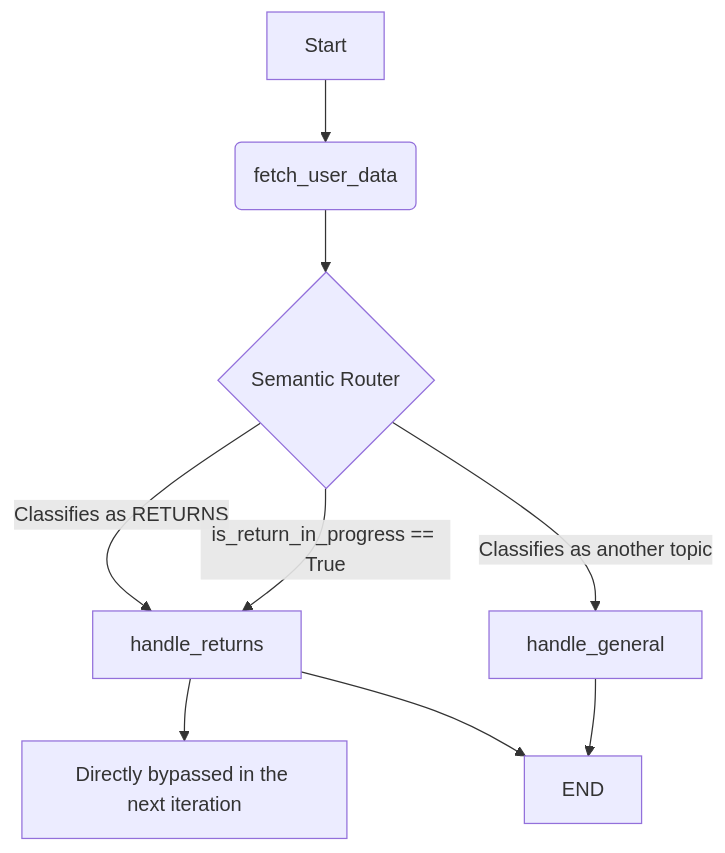
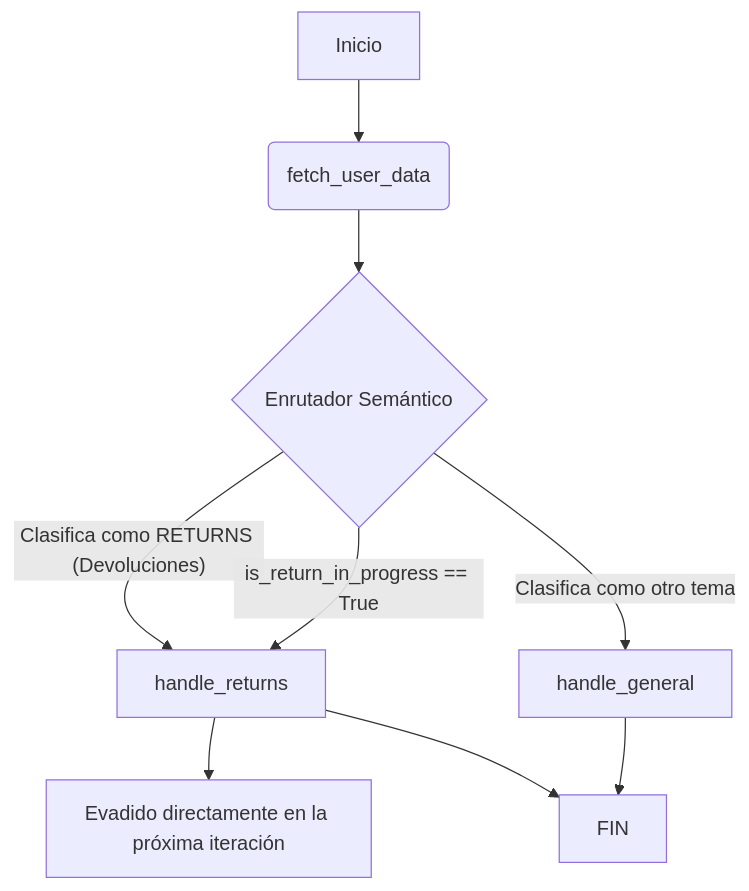
One commit to AlejandroDACS/-Addi-ML-Ops-Tech-Challenge changed the diagram in deliverables/architecture.md. Above: the diagram before and after it, drawn with Mermaid. The commit also changed other lines of this file and 1 other file, not shown here.

````diff
--- a/deliverables/architecture.md
+++ b/deliverables/architecture.md
@@ -9,13 +9,13 @@
 ```mermaid
 graph TD
-    A[Start] --> B(fetch_user_data)
-    B --> C{Semantic Router}
+    A[Inicio] --> B(fetch_user_data)
+    B --> C{Enrutador Semántico}
     
-    C -- "Classifies as RETURNS" --> D[handle_returns]
-    C -- "Classifies as another topic" --> E[handle_general]
+    C -- "Clasifica como RETURNS (Devoluciones)" --> D[handle_returns]
+    C -- "Clasifica como otro tema" --> E[handle_general]
     C -- "is_return_in_progress == True" --> D
     
-    D --> F[Directly bypassed in the next iteration]
-    D --> Z[END]
+    D --> F[Evadido directamente en la próxima iteración]
+    D --> Z[FIN]
     E --> Z
 ```
````
